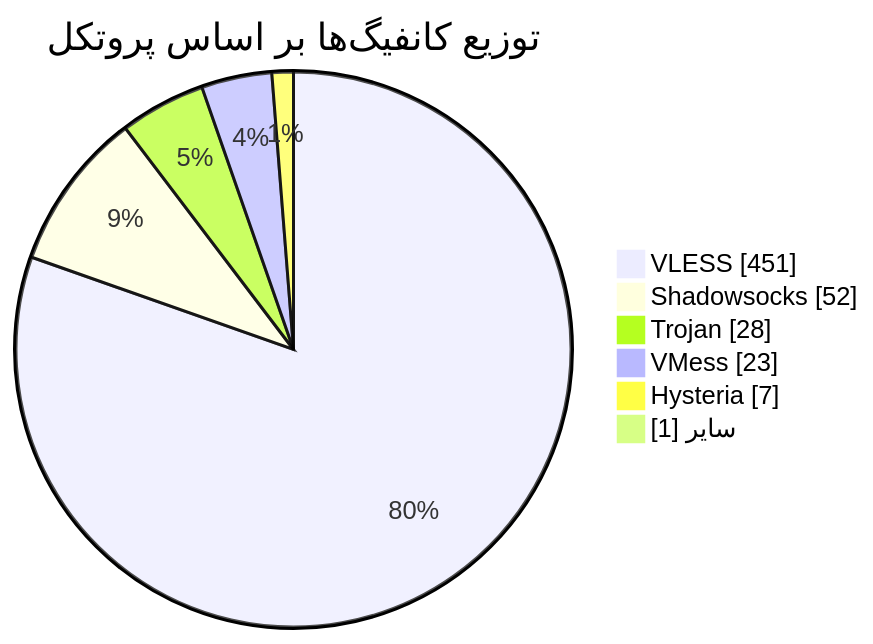
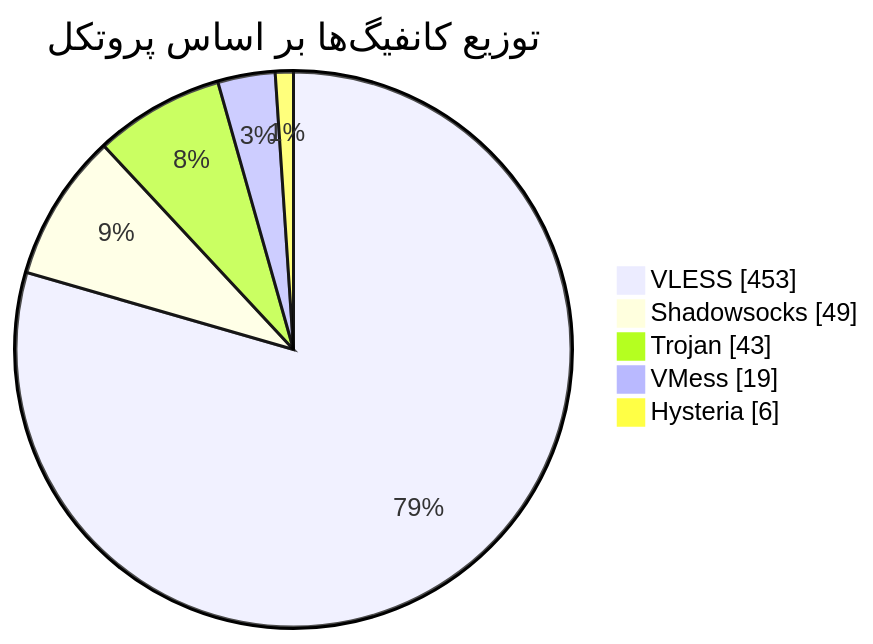
The diagram in README.md (Arian-Alijani/Somthing), drawn with Mermaid before and after one commit. The commit also changed other lines of this file and 77 other files, not shown here.

````diff
--- a/README.md
+++ b/README.md
@@ -48,10 +47,9 @@
 ```mermaid
 pie showData
     title توزیع کانفیگ‌ها بر اساس پروتکل
-    "VLESS" : 451
-    "Shadowsocks" : 52
-    "Trojan" : 28
-    "VMess" : 23
-    "Hysteria" : 7
-    "سایر" : 1
+    "VLESS" : 453
+    "Shadowsocks" : 49
+    "Trojan" : 43
+    "VMess" : 19
+    "Hysteria" : 6
 ```
````
